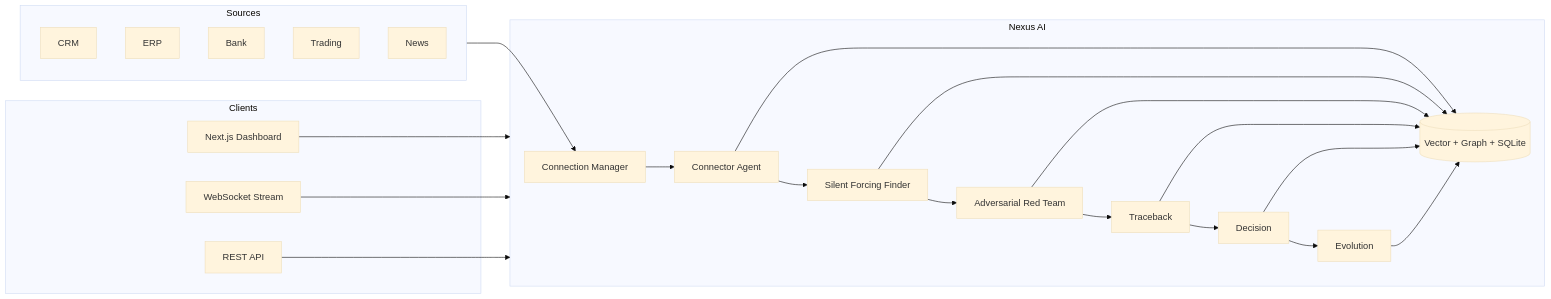
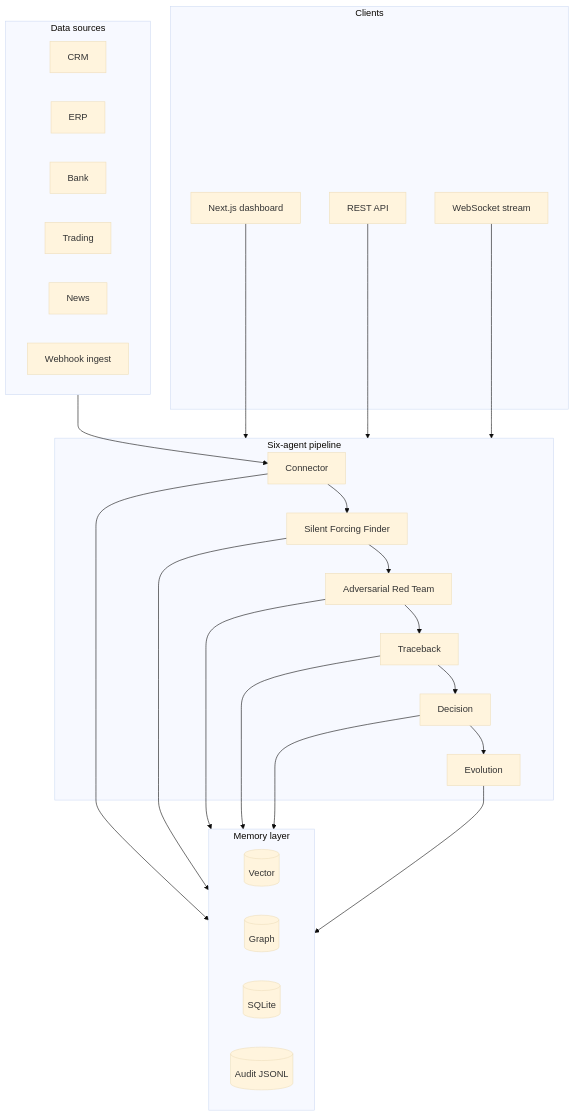
Before and after one commit to haseeb099/Fluf37: the diagram in README.md, drawn with Mermaid (base theme). The commit also changed other lines of this file and 32 other files, not shown here.

````diff
--- a/README.md
+++ b/README.md
@@ -87,33 +106,38 @@
 ```mermaid
-flowchart LR
-  subgraph sources [Sources]
+flowchart TB
+  subgraph sources [Data sources]
     CRM[CRM]
     ERP[ERP]
     Bank[Bank]
     Trade[Trading]
     News[News]
+    WH[Webhook ingest]
   end
 
-  subgraph platform [Nexus AI]
-    CM[Connection Manager]
-    CA[Connector Agent]
+  subgraph pipeline [Six-agent pipeline]
+    CA[Connector]
     SF[Silent Forcing Finder]
     AR[Adversarial Red Team]
     TB[Traceback]
     DA[Decision]
     EV[Evolution]
-    MEM[(Vector + Graph + SQLite)]
+  end
+
+  subgraph memory [Memory layer]
+    VEC[(Vector)]
+    GRA[(Graph)]
+    SQL[(SQLite)]
+    AUD[(Audit JSONL)]
   end
 
   subgraph clients [Clients]
-    UI[Next.js Dashboard]
-    WS[WebSocket Stream]
-    API[REST API]
+    UI[Next.js dashboard]
+    REST[REST API]
+    WS[WebSocket stream]
   end
 
-  sources --> CM
-  CM --> CA
+  sources --> CA
   CA --> SF --> AR --> TB --> DA --> EV
-  CA & SF & AR & TB & DA & EV --> MEM
-  UI & WS & API --> platform
+  CA & SF & AR & TB & DA & EV --> memory
+  UI & REST & WS --> pipeline
 ```
````
